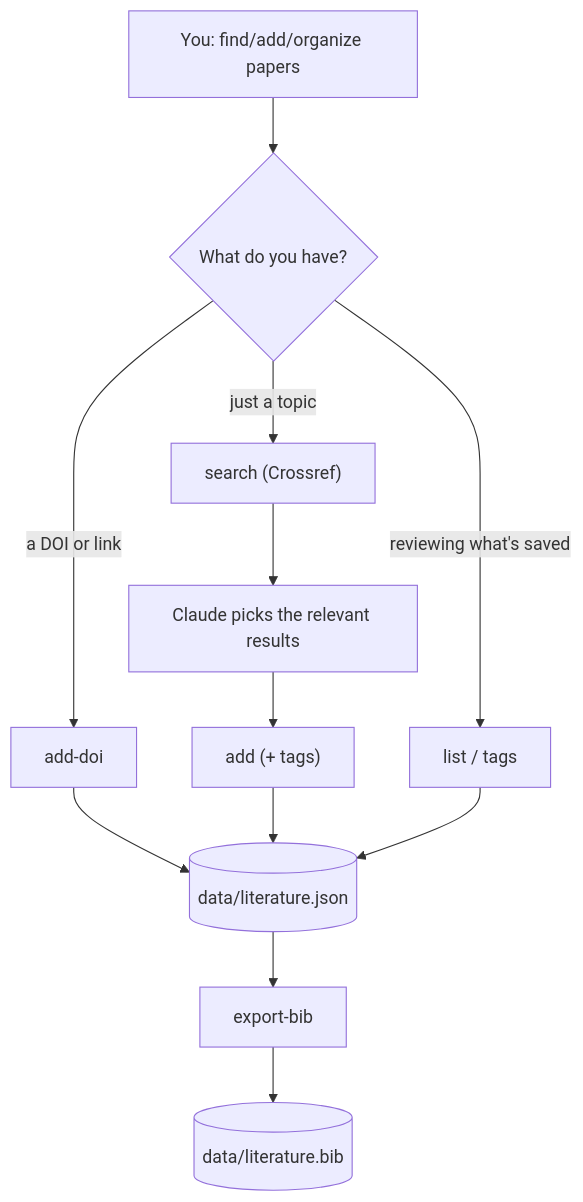
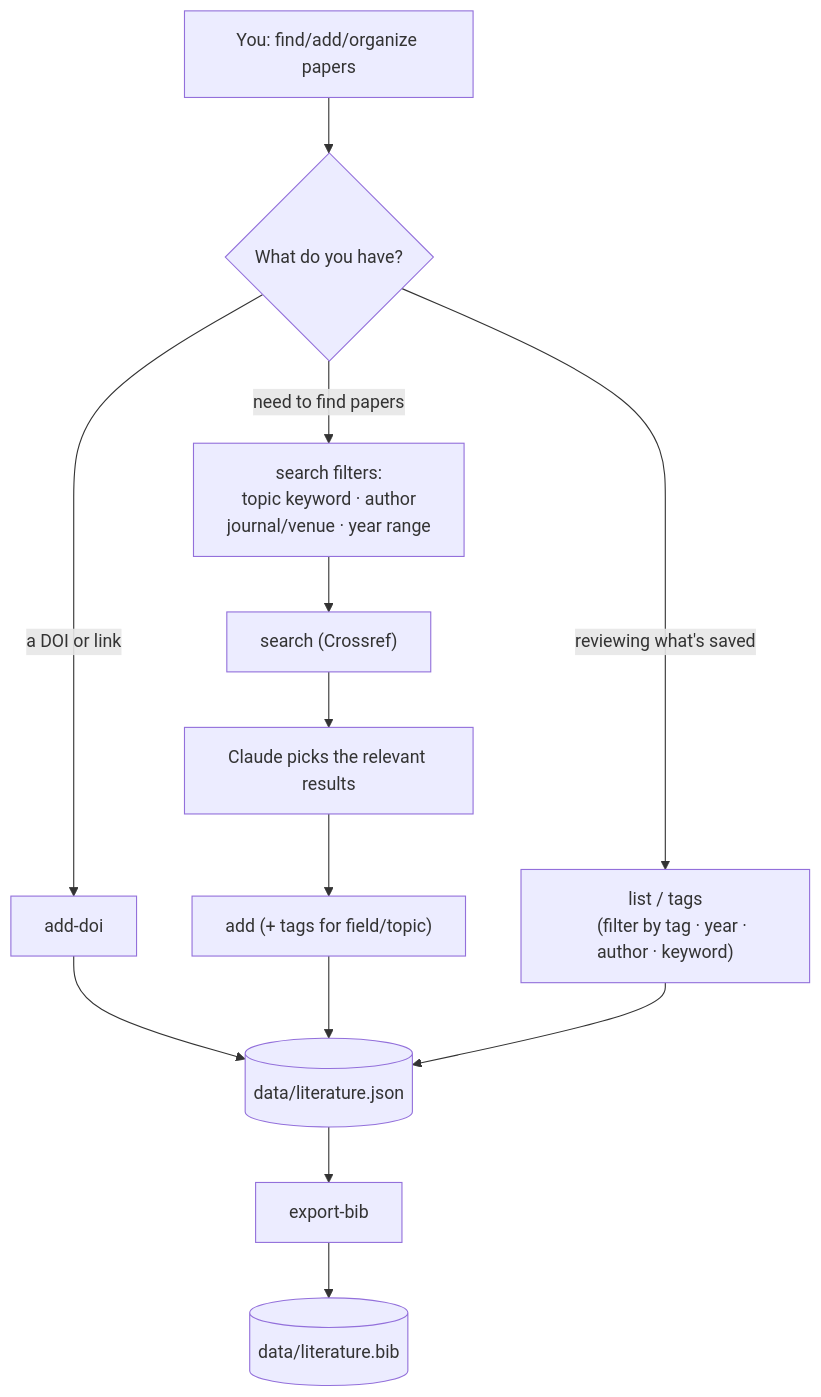
The diagram in README.md (jacklin92/literature-skill), drawn with Mermaid before and after one commit. The commit also changed other lines of this file and 3 other files, not shown here.

First line of the commit message:
Add structured search filters (author/venue/year range) to search

````diff
--- a/README.md
+++ b/README.md
@@ -19,14 +19,18 @@
 ```mermaid
 flowchart TD
     U["You: find/add/organize papers"] --> Q{What do you have?}
     Q -->|a DOI or link| AD["add-doi"]
-    Q -->|just a topic| S["search (Crossref)"]
+    Q -->|need to find papers| SP["search filters:
+    topic keyword · author
+    journal/venue · year range"]
+    SP --> S["search (Crossref)"]
     S --> R["Claude picks the relevant results"]
-    R --> AD2["add (+ tags)"]
+    R --> AD2["add (+ tags for field/topic)"]
     AD --> J[("data/literature.json")]
     AD2 --> J
-    Q -->|reviewing what's saved| L["list / tags"]
+    Q -->|reviewing what's saved| L["list / tags
+    (filter by tag · year · author · keyword)"]
     L --> J
     J --> B["export-bib"]
     B --> F[("data/literature.bib")]
 ```
````
